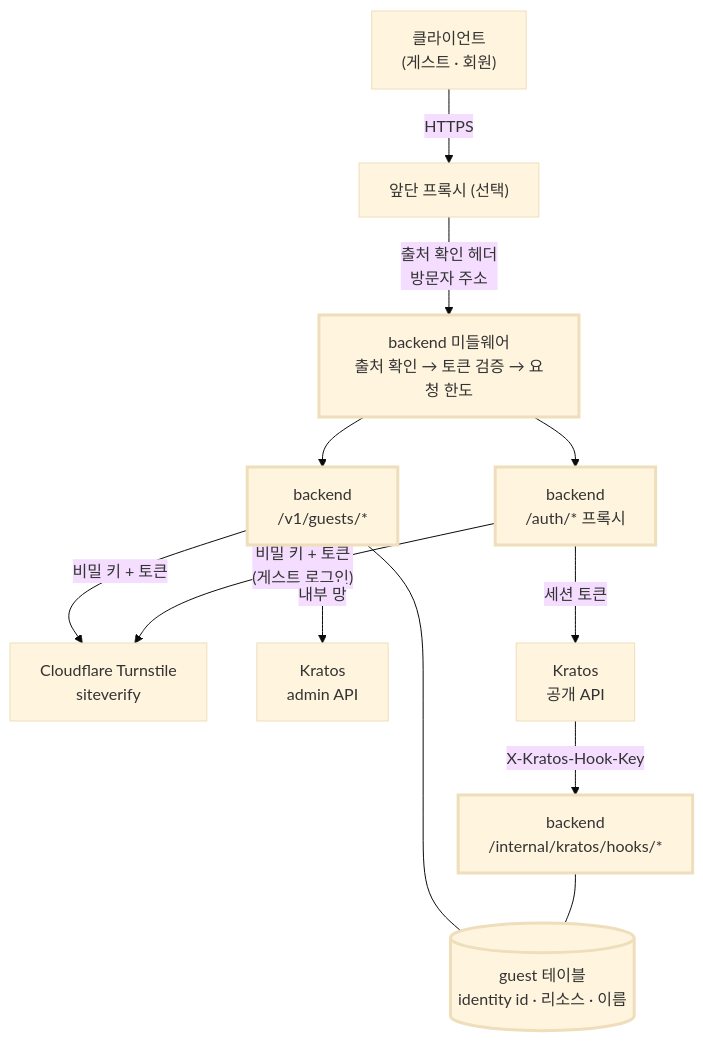
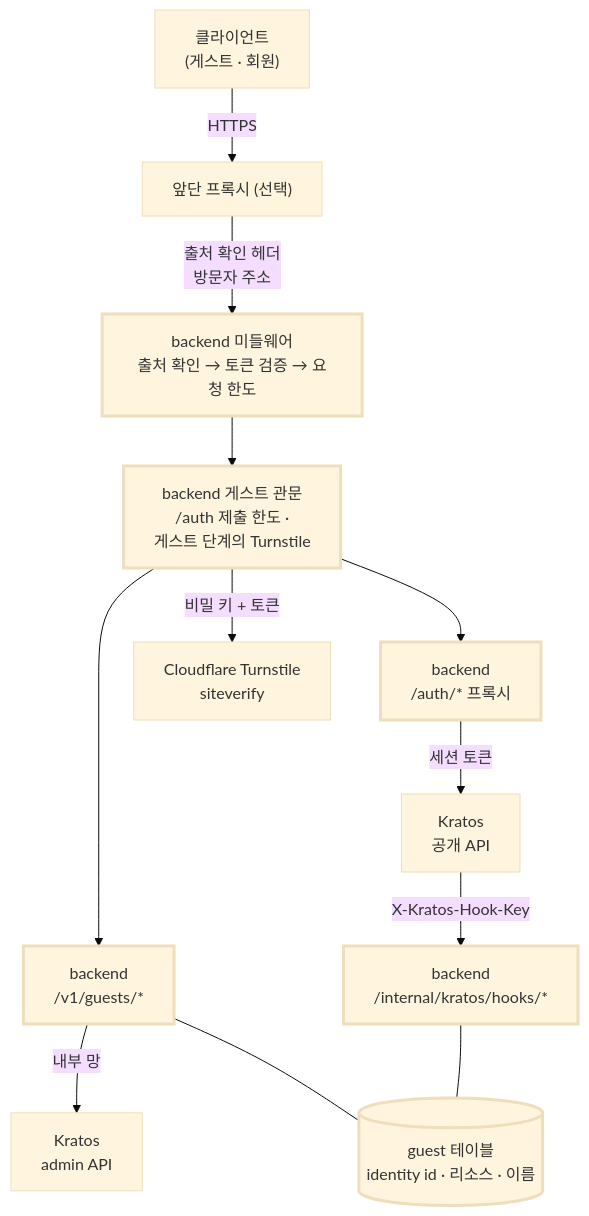
The first of 10 diagrams in docs/guides/guest.ko.md (onprem-hipster-timer/backend), drawn with Mermaid (base theme) before and after one commit. The commit also changed other lines of this file and 13 other files, not shown here.

Commit message:
docs(guest): 게스트 단계마다 X-Turnstile-Token을 한 번만 받는 확인을 문서와 CHANGELOG에 반영한다

````diff
--- a/docs/guides/guest.ko.md
+++ b/docs/guides/guest.ko.md
@@ -41,28 +42,29 @@
 ```mermaid
 flowchart TB
     C["클라이언트<br/>(게스트 · 회원)"]
     P["앞단 프록시 (선택)"]
     MW["backend 미들웨어<br/>출처 확인 → 토큰 검증 → 요청 한도"]
+    GT["backend 게스트 관문<br/>/auth 제출 한도 ·<br/>게스트 단계의 Turnstile"]
     G["backend<br/>/v1/guests/*"]
     AP["backend<br/>/auth/* 프록시"]
     TS["Cloudflare Turnstile<br/>siteverify"]
     KA["Kratos<br/>admin API"]
     KP["Kratos<br/>공개 API"]
     HK["backend<br/>/internal/kratos/hooks/*"]
     DB[("guest 테이블<br/>identity id · 리소스 · 이름")]
 
     C -->|"HTTPS"| P
     P -->|"출처 확인 헤더<br/>방문자 주소"| MW
-    MW --> G
-    MW --> AP
-    G -->|"비밀 키 + 토큰"| TS
-    AP -->|"비밀 키 + 토큰<br/>(게스트 로그인)"| TS
+    MW --> GT
+    GT --> G
+    GT --> AP
+    GT -->|"비밀 키 + 토큰"| TS
     G -->|"내부 망"| KA
     AP -->|"세션 토큰"| KP
     KP -->|"X-Kratos-Hook-Key"| HK
     G --- DB
     HK --- DB
 
     classDef backend stroke-width:3px
-    class MW,G,AP,HK,DB backend
+    class MW,GT,G,AP,HK,DB backend
 ```
````
